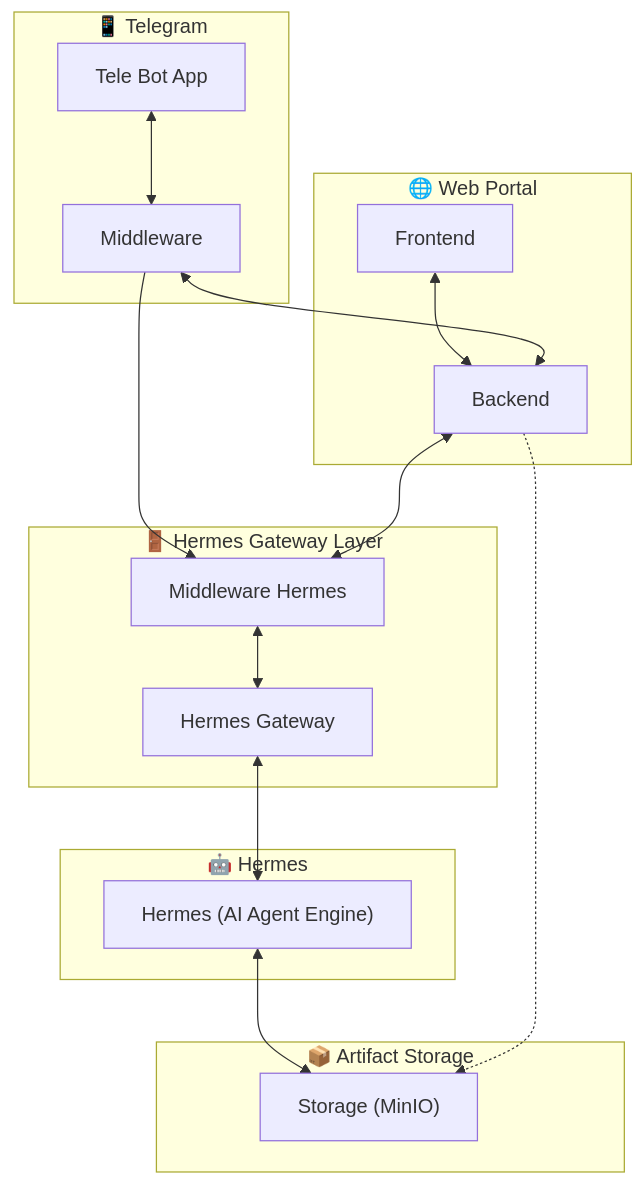
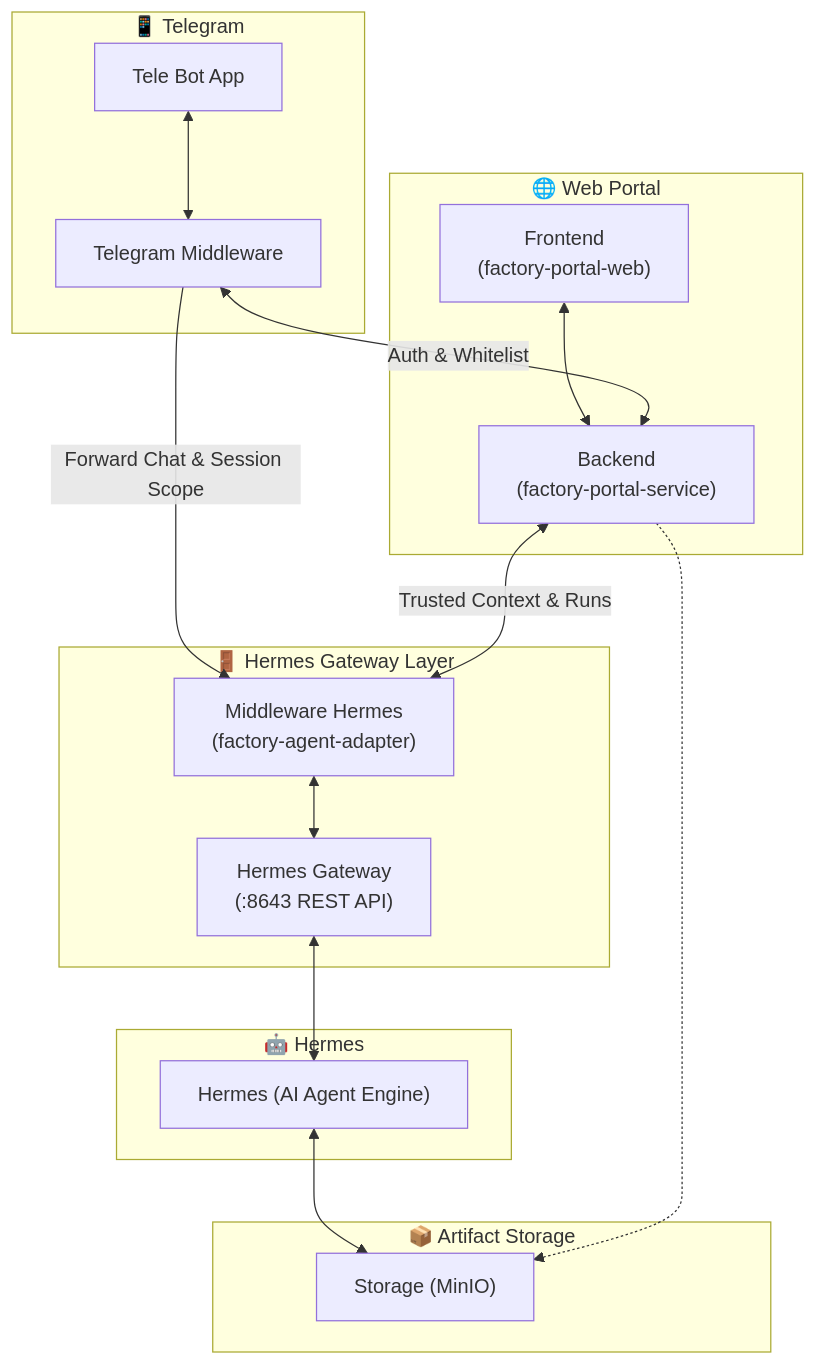
Before and after one commit to jovancamorris/assesment-tele: the diagram in README.md, drawn with Mermaid. The commit also changed 1 other file, not shown here.

Commit message:
docs: annotate architecture components with factory-portal-web, factory-portal-service, and factory-agent-adapter

````diff
--- a/README.md
+++ b/README.md
@@ -25,36 +25,36 @@
 ```mermaid
 flowchart TD
     subgraph TelegramBox["📱 Telegram"]
         TeleBot["Tele Bot App"]
-        TeleMW["Middleware"]
+        TeleMW["Telegram Middleware"]
         TeleBot <--> TeleMW
     end
 
     subgraph WebPortalBox["🌐 Web Portal"]
-        WebFE["Frontend"]
-        WebBE["Backend"]
+        WebFE["Frontend<br/>(factory-portal-web)"]
+        WebBE["Backend<br/>(factory-portal-service)"]
         WebFE <--> WebBE
     end
 
     subgraph HermesGatewayBox["🚪 Hermes Gateway Layer"]
-        HMW["Middleware Hermes"]
-        HGW["Hermes Gateway"]
+        HMW["Middleware Hermes<br/>(factory-agent-adapter)"]
+        HGW["Hermes Gateway<br/>(:8643 REST API)"]
         HMW <--> HGW
     end
 
     subgraph HermesCoreBox["🤖 Hermes"]
         HermesCore["Hermes (AI Agent Engine)"]
     end
 
     subgraph StorageBox["📦 Artifact Storage"]
         MinIO["Storage (MinIO)"]
     end
 
     %% Alur Komunikasi
-    TeleMW <--> WebBE
-    TeleMW --> HMW
-    WebBE <--> HMW
+    TeleMW <-->|Auth & Whitelist| WebBE
+    TeleMW -->|Forward Chat & Session Scope| HMW
+    WebBE <-->|Trusted Context & Runs| HMW
     HGW <--> HermesCore
     HermesCore <--> MinIO
     WebBE -.-> MinIO
 ```
````
